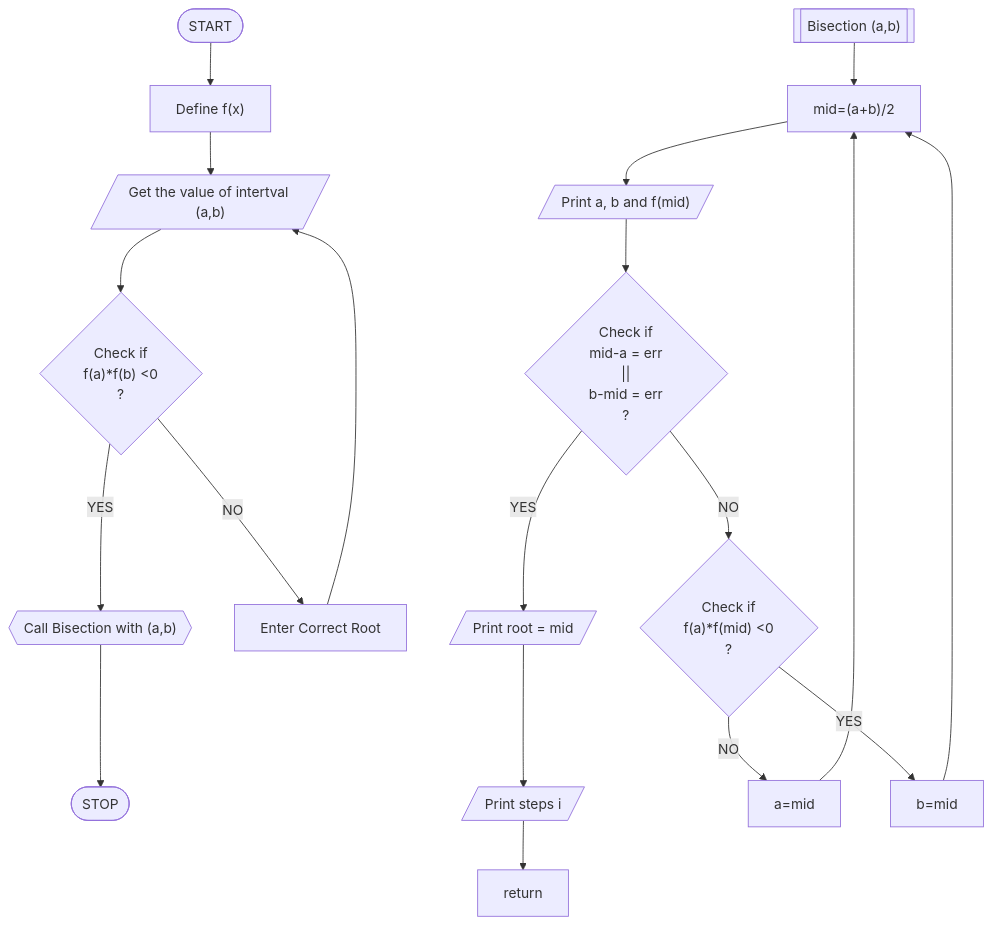
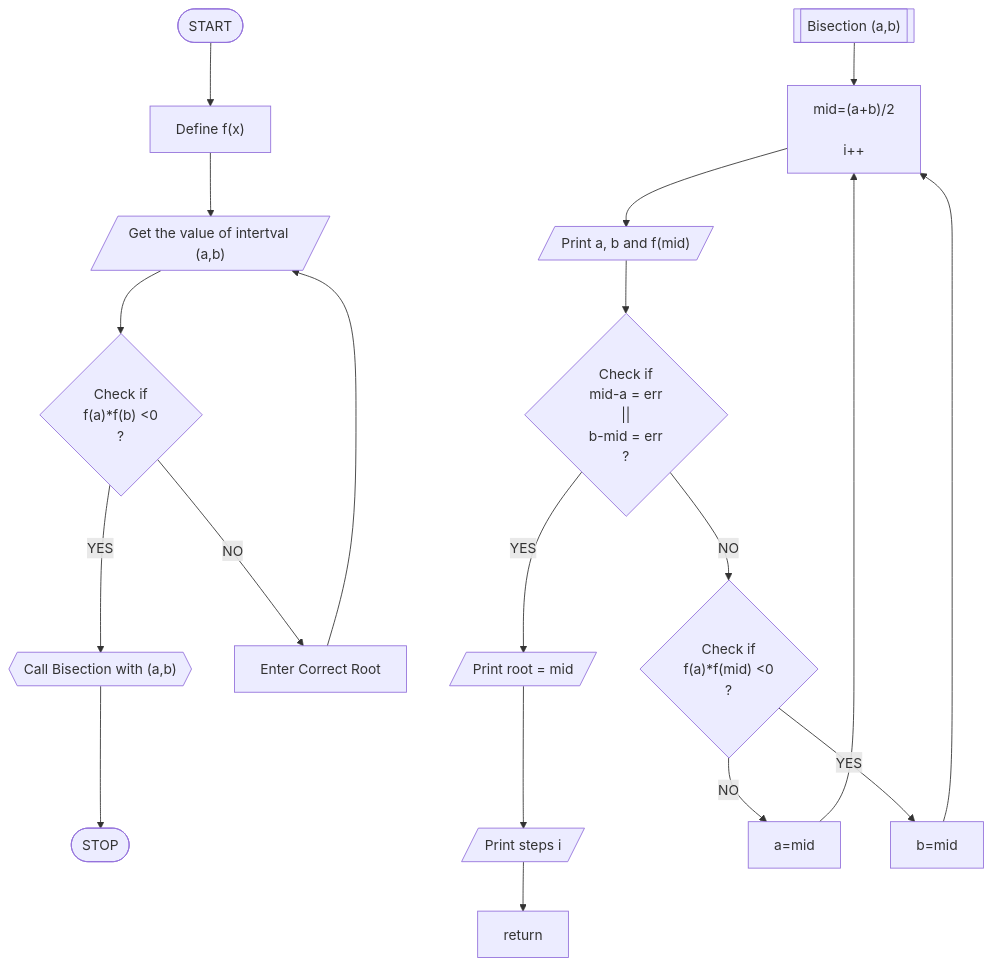
One commit to Nothing-avil/CBNST changed the diagram in Bisection/README.md. Above: the diagram before and after it, drawn with Mermaid.

Commit message:
Flowchart

````diff
--- a/Bisection/README.md
+++ b/Bisection/README.md
@@ -3,19 +3,19 @@
 ```mermaid
 flowchart TD
 
 A([START]) -->B["Define f(x)"]
 B --> C[/"Get the value of intertval (a,b)"/]
 C --> D{"Check if <br/> f(a)*f(b) <0 <br/> ?"}
 D --"YES"-->E{{"Call Bisection with (a,b)"}}
 D --"NO"-->F[Enter Correct Root]
 F --> C
 E --> S([STOP])
 
-x[["Bisection (a,b)"]]--> Q["mid=(a+b)/2"]
+x[["Bisection (a,b)"]]--> Q["mid=(a+b)/2 <br/><br/> i++"]
 Q--> Z[/"Print a, b and f(mid)"/]
 Z--> P{"Check if <br/> mid-a = err <br/> || <br/> b-mid = err <br/> ?"}
 P--"NO"--> W{"Check if  <br/> f(a)*f(mid) <0 <br/> ?"}
 P--"YES"--> l[/"Print root = mid"/] --> a[/"Print steps i"/]--> d[return]
 W--"NO"-->c["a=mid"]-->Q
 W--"YES"-->i["b=mid"]-->Q
 ```
````
